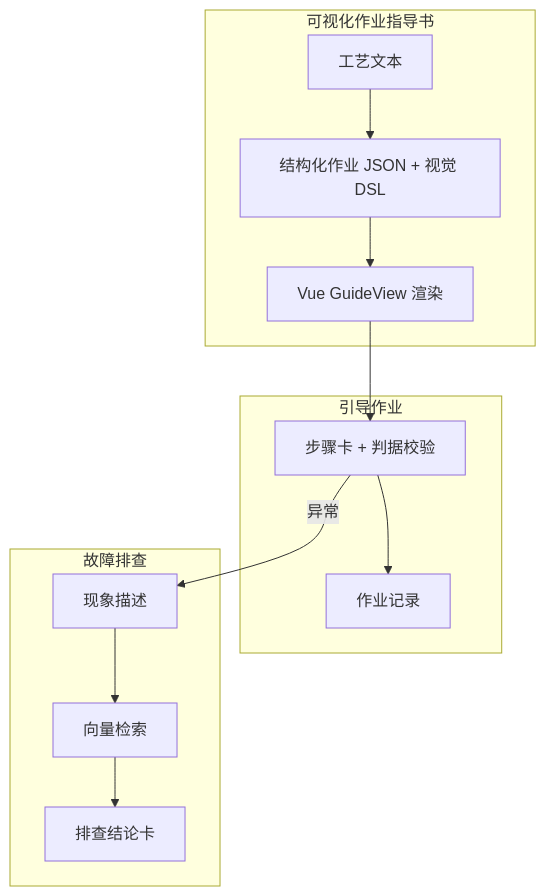
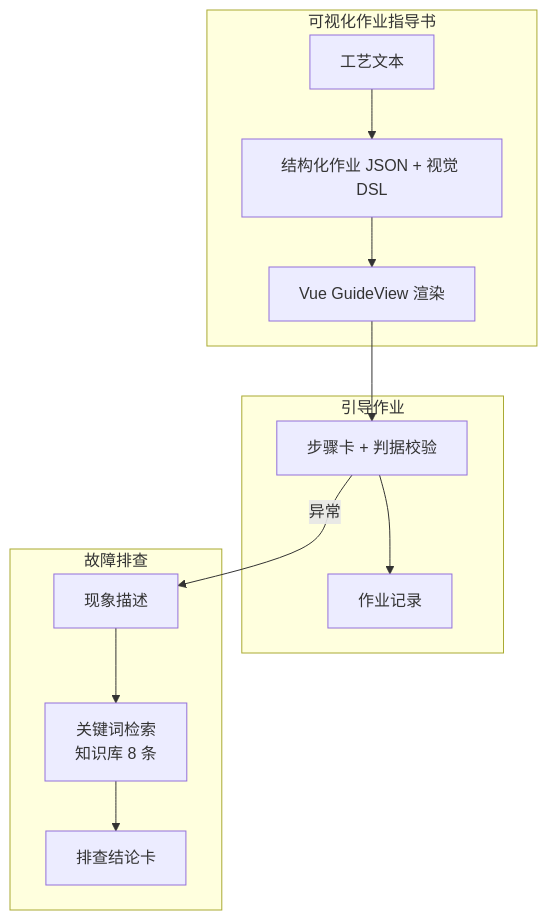
One commit to wenjian465276871-arch/matrix-hub changed the fourth of 4 diagrams in docs/ARCHITECTURE.md. Above: the diagram before and after it, drawn with Mermaid. The commit also changed other lines of this file and 17 other files, not shown here.

````diff
--- a/docs/ARCHITECTURE.md
+++ b/docs/ARCHITECTURE.md
@@ -143,16 +146,16 @@
 ```mermaid
 flowchart TB
   subgraph A2[可视化作业指导书]
     T[工艺文本] --> J[结构化作业 JSON + 视觉 DSL]
     J --> R[Vue GuideView 渲染]
   end
   subgraph A1[引导作业]
     R --> G[步骤卡 + 判据校验]
     G --> REC[作业记录]
   end
   subgraph B[故障排查]
-    P[现象描述] --> K[向量检索]
+    P[现象描述] --> K[关键词检索<br/>知识库 8 条]
     K --> D2[排查结论卡]
   end
   G -->|异常| P
 ```
````
